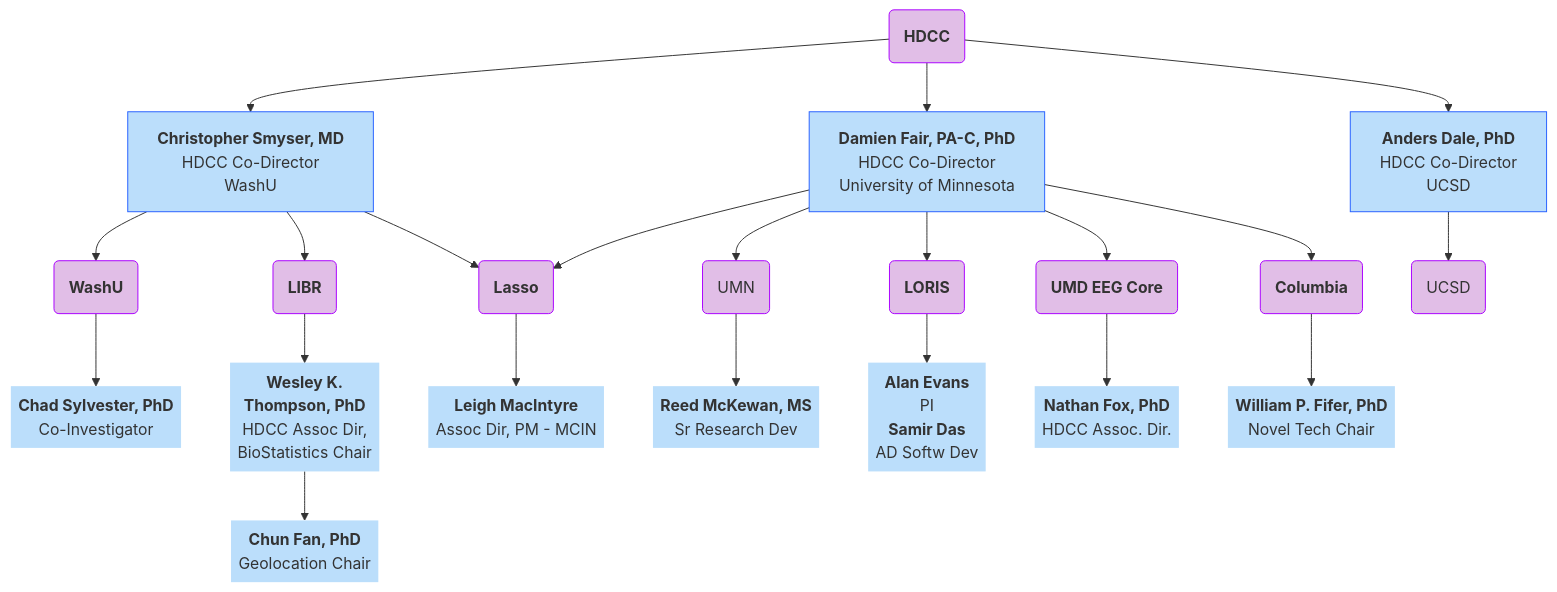
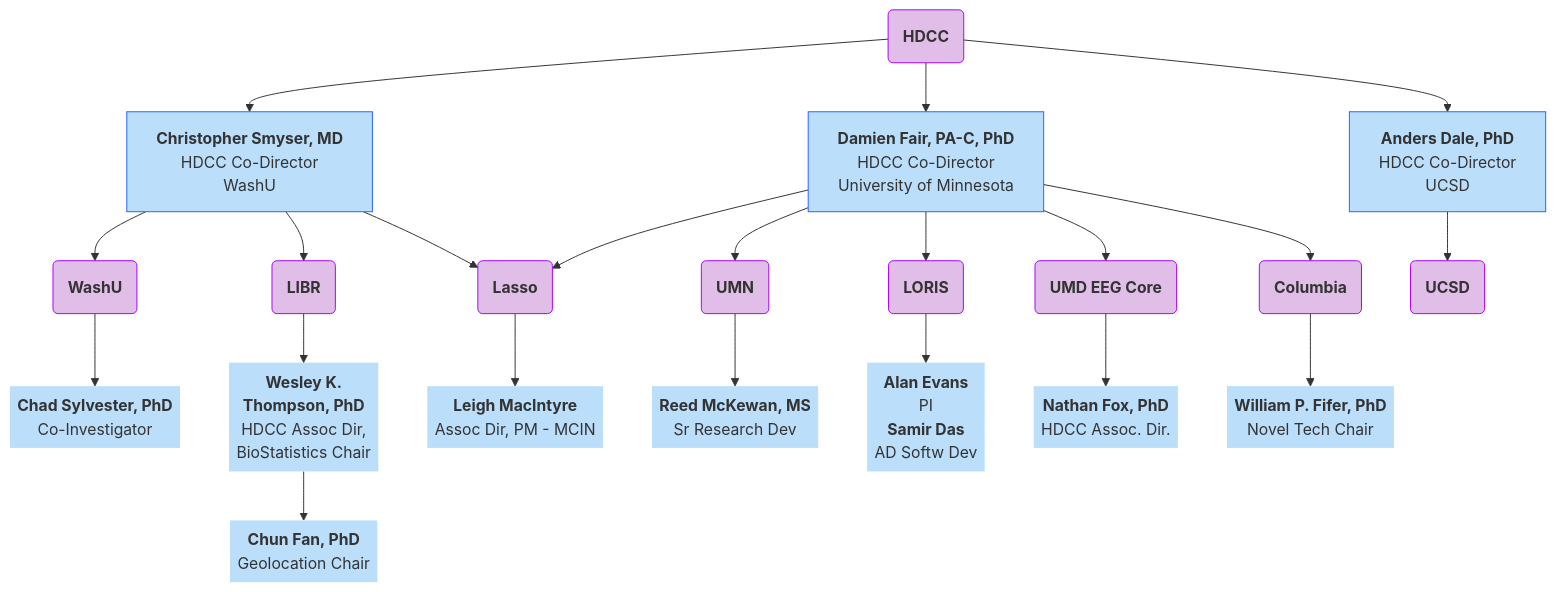
The first of 9 diagrams in docs/orgcharts.md (DCAN-Labs/hbcd-docs-internal), drawn with Mermaid before and after one commit. The commit also changed other lines of this file, not shown here.

````diff
--- a/docs/orgcharts.md
+++ b/docs/orgcharts.md
@@ -54,63 +6,63 @@
 ```mermaid
 flowchart TB
     hdcc["<strong>HDCC</strong>"] --> n1["<b>Christopher Smyser, MD<br></b>HDCC Co-Director<br>WashU"] & E["<b>Damien Fair, PA-C, PhD</b><br>HDCC Co-Director<br>University of Minnesota"] & n2["<b>Anders Dale, PhD<br></b>HDCC Co-Director<br>UCSD"]
-    n2 --> ucsd["UCSD"]
-    E --> lasso["<b>Lasso</b>"] & umn["UMN"] & n7["<b>LORIS</b>"] & n8["<b>UMD EEG Core</b>"] & n11["<b>Columbia</b>"]
+    n2 --> ucsd["<b>UCSD</b>"]
+    E --> lasso["<b>Lasso</b>"] & umn["<b>UMN</b>"] & n7["<b>LORIS</b>"] & n8["<b>UMD EEG Core</b>"] & n11["<b>Columbia</b>"]
     lasso --> lasso1["<b>Leigh MacIntyre</b><br>Assoc Dir, PM - MCIN"]
     n1 --> n10["<b>WashU</b><br>"] & n12["<b>LIBR</b>"] & lasso
     n16@{ label: "<span style=\"--tw-scale-x:\"><b>Wesley K.<br>Thompson, PhD<br></b>HDCC Assoc Dir,<br>BioStatistics Chair</span><br>" } --> n17@{ label: "<span style=\"color:\"><b>Chun Fan, PhD<br></b></span><span style=\"--tw-scale-x:\">Geolocation Chair</span><br style=\"--tw-scale-x:\">" }
     n12 --> n16
     n11 --> n18@{ label: "<b>William P. Fifer, PhD<br></b><span style=\"--tw-scale-x:\">Novel Tech Chair</span>" }
     n8 --> n19["<b>Nathan Fox, PhD<br></b>HDCC Assoc. Dir."]
     n7 --> n20@{ label: "<b><span style=\"color:\">Alan Evans</span><br style=\"--tw-scale-x:\"></b><span style=\"--tw-scale-x:\">PI</span><br style=\"--tw-scale-x:\"><b><span style=\"color:\">Samir Das</span><br style=\"--tw-scale-x:\"></b><span style=\"--tw-scale-x:\">AD Softw Dev</span>" }
     umn --> reed["<b>Reed McKewan, MS</b><br>Sr Research Dev"]
     n10 --> n22@{ label: "<b><span style=\"color:\">Chad Sylvester, PhD</span><br style=\"--tw-scale-x:\"></b><span style=\"--tw-scale-x:\">Co-Investigator</span>" }
 
     hdcc@{ shape: rounded}
     n1@{ shape: rect}
     E@{ shape: rect}
     n2@{ shape: rect}
     ucsd@{ shape: rounded}
     lasso@{ shape: rounded}
     umn@{ shape: rounded}
     n7@{ shape: rounded}
     n8@{ shape: rounded}
     n11@{ shape: rounded}
     lasso1@{ shape: text}
     n10@{ shape: rounded}
     n12@{ shape: rounded}
     n16@{ shape: text}
     n17@{ shape: text}
     n18@{ shape: text}
     n19@{ shape: text}
     n20@{ shape: text}
     reed@{ shape: text}
     n22@{ shape: text}
     style hdcc fill:#E1BEE7,stroke:#AA00FF
     style n1 fill:#BBDEFB,stroke:#2962FF
     style E fill:#BBDEFB,stroke:#2962FF
     style n2 fill:#BBDEFB,stroke:#2962FF
     style ucsd fill:#E1BEE7,stroke:#AA00FF
     style lasso fill:#E1BEE7,stroke:#AA00FF
     style umn fill:#E1BEE7,stroke:#AA00FF
     style n7 fill:#E1BEE7,stroke:#AA00FF
     style n8 fill:#E1BEE7,stroke:#AA00FF
     style n11 fill:#E1BEE7,stroke:#AA00FF
     style lasso1 fill:#BBDEFB
     style n10 fill:#E1BEE7,stroke:#AA00FF
     style n12 fill:#E1BEE7,stroke:#AA00FF
     style n16 fill:#BBDEFB
     style n17 fill:#BBDEFB
     style n18 fill:#BBDEFB
     style n19 fill:#BBDEFB
     style n20 fill:#BBDEFB
     style reed fill:#BBDEFB
     style n22 fill:#BBDEFB
     click ucsd "#ucsd"
     click lasso "#lasso"
     click umn "#university-of-minnesota"
     click n7 "#loris"
     click n8 "#umd-eeg-core"
     click n11 "#columbia"
     click n10 "#washu"
 ```
````
